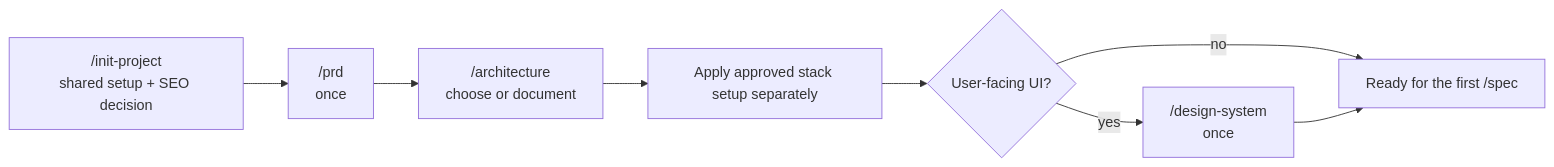
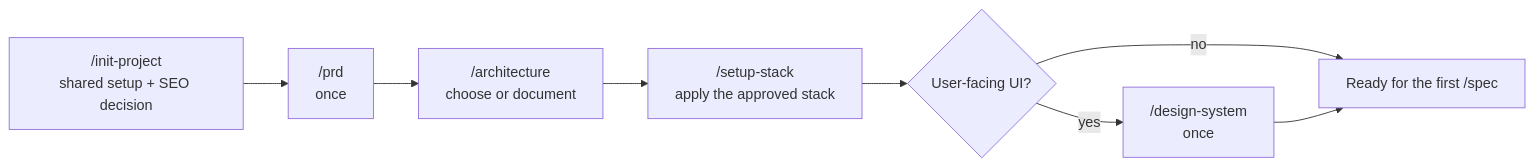
One commit to the-blue-coder/agentic-starter changed the second of 6 diagrams in README.md. Above: the diagram before and after it, drawn with Mermaid. The commit also changed other lines of this file and 12 other files, not shown here.

Commit message:
add the setup-stack command to apply the approved stack setup

````diff
--- a/README.md
+++ b/README.md
@@ -162,10 +163,10 @@
 ```mermaid
 flowchart LR
   init["/init-project<br/>shared setup + SEO decision"] --> prd["/prd<br/>once"]
   prd --> architecture["/architecture<br/>choose or document"]
-  architecture --> setup["Apply approved stack setup separately"]
+  architecture --> setup["/setup-stack<br/>apply the approved stack"]
   setup --> ui{"User-facing UI?"}
   ui -- no --> firstSpec["Ready for the first /spec"]
   ui -- yes --> design["/design-system<br/>once"]
   design --> firstSpec
 ```
````
